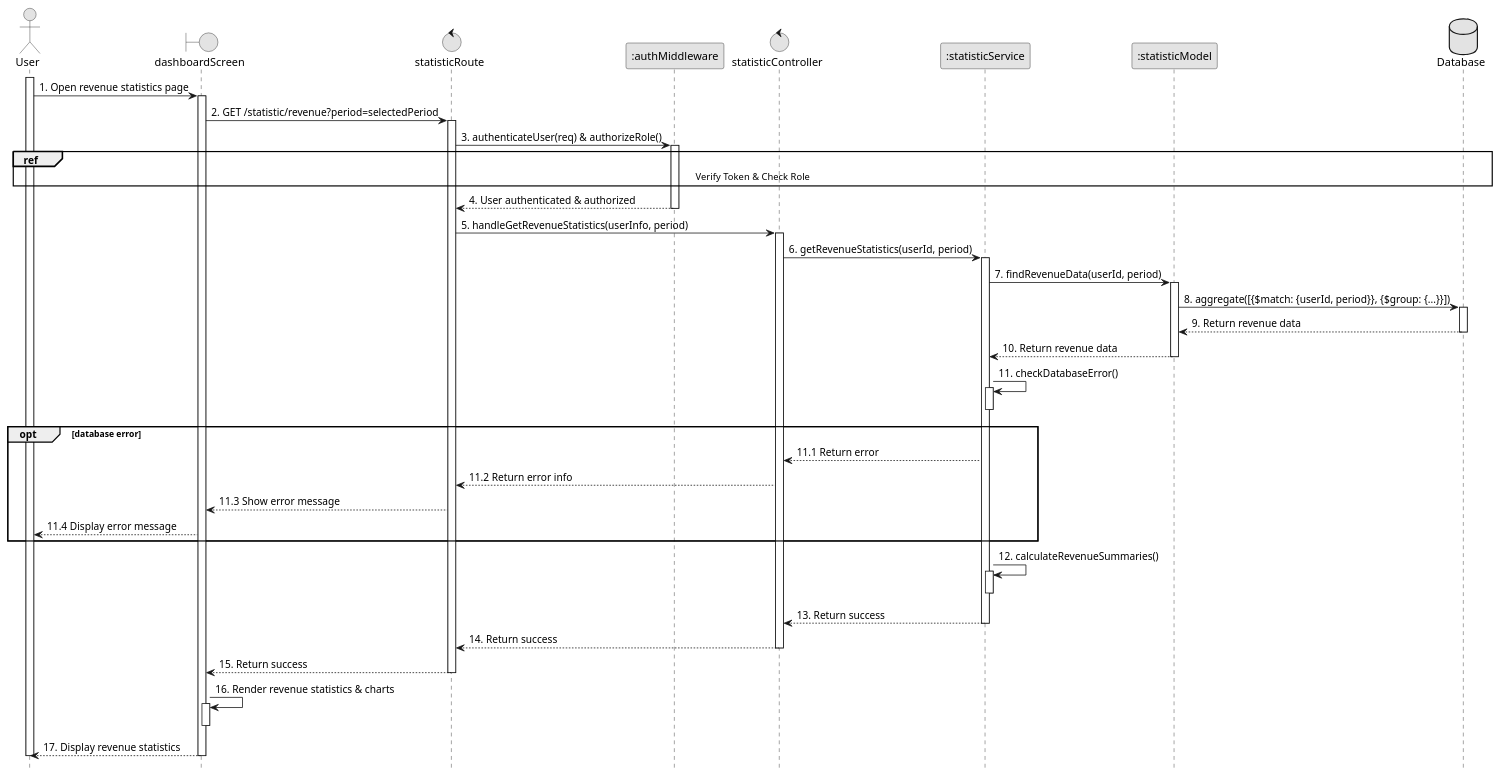
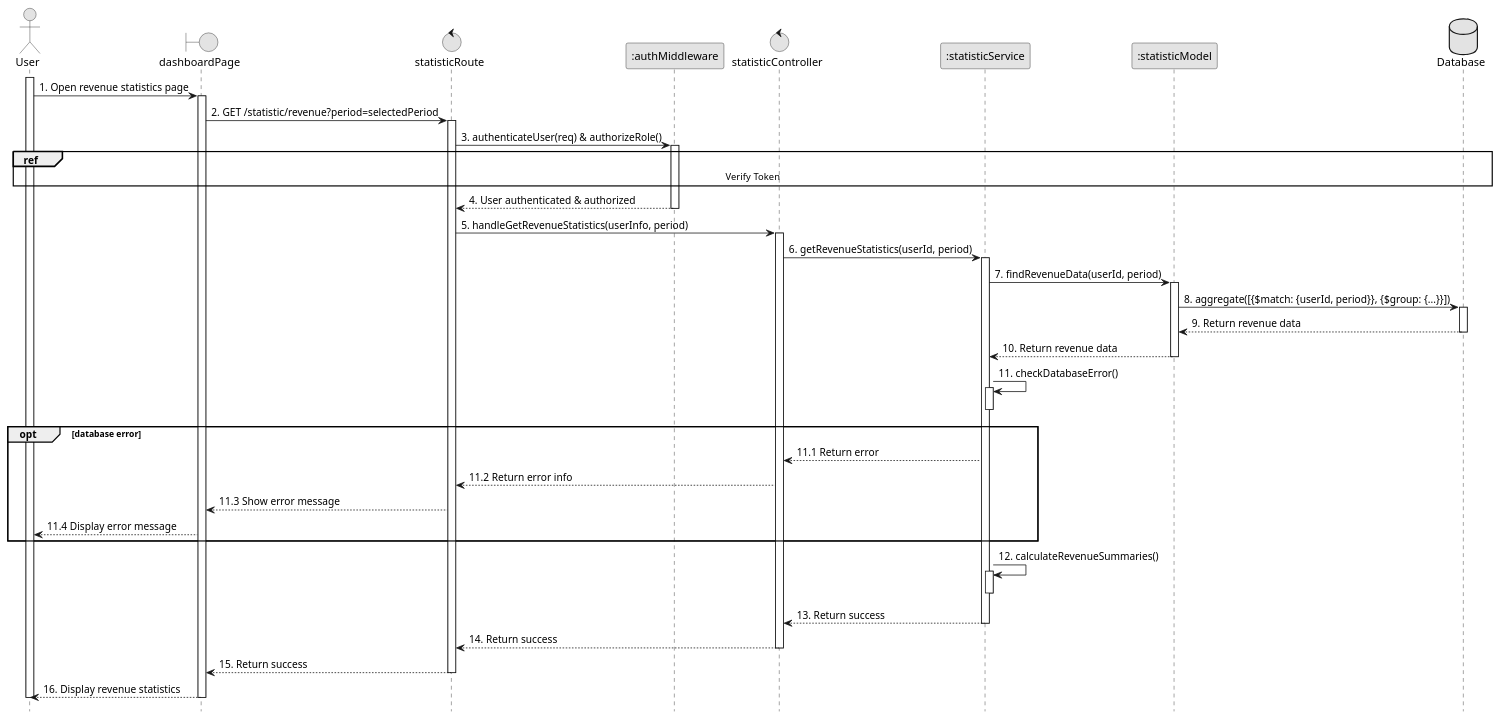
One commit to VietDurian/VietDurian changed the diagram in planuml/web/11.2_RevenueStatistics.puml. Above: the diagram before and after it, drawn with PlantUML. The commit also changed 24 other files, not shown here.

Commit message:
ViVLT: Edit sequence and add check role flow for authentication sub sequence

```diff
--- a/planuml/web/11.2_RevenueStatistics.puml
+++ b/planuml/web/11.2_RevenueStatistics.puml
@@ -1,63 +1,61 @@
 @startuml 11.2_RevenueStatistics
 skinparam monochrome true
 skinparam shadowing false
 skinparam sequenceArrowThickness 1
 hide footbox
 
 actor User
-boundary dashboardScreen as UI
+boundary dashboardPage as UI
 control statisticRoute as Route
 participant ":authMiddleware" as Middleware
 control statisticController as Controller
 participant ":statisticService" as Service
 participant ":statisticModel" as Model
 database Database as DB
 
 activate User
 User -> UI : 1. Open revenue statistics page
 activate UI
 UI -> Route : 2. GET /statistic/revenue?period=selectedPeriod
 activate Route
 Route -> Middleware : 3. authenticateUser(req) & authorizeRole()
 activate Middleware
-ref over User, DB: Verify Token & Check Role
+ref over User, DB: Verify Token
 Middleware --> Route : 4. User authenticated & authorized
 deactivate Middleware
 Route -> Controller : 5. handleGetRevenueStatistics(userInfo, period)
 activate Controller
 Controller -> Service : 6. getRevenueStatistics(userId, period)
 activate Service
 Service -> Model : 7. findRevenueData(userId, period)
 activate Model
 Model -> DB : 8. aggregate([{$match: {userId, period}}, {$group: {...}}])
 activate DB
 DB --> Model : 9. Return revenue data
 deactivate DB
 Model --> Service : 10. Return revenue data
 deactivate Model
 Service -> Service : 11. checkDatabaseError()
 activate Service
 deactivate Service
 opt database error
     Service --> Controller : 11.1 Return error
     Controller --> Route : 11.2 Return error info
     Route --> UI : 11.3 Show error message
     UI --> User : 11.4 Display error message
 end
 Service -> Service : 12. calculateRevenueSummaries()
 activate Service
 deactivate Service
 Service --> Controller : 13. Return success
 deactivate Service
 Controller --> Route : 14. Return success
 deactivate Controller
 Route --> UI : 15. Return success
 deactivate Route
-UI -> UI : 16. Render revenue statistics & charts
-activate UI
-deactivate UI
-UI --> User : 17. Display revenue statistics
+
+UI --> User : 16. Display revenue statistics
 deactivate UI
 deactivate User
 
 @enduml
```
